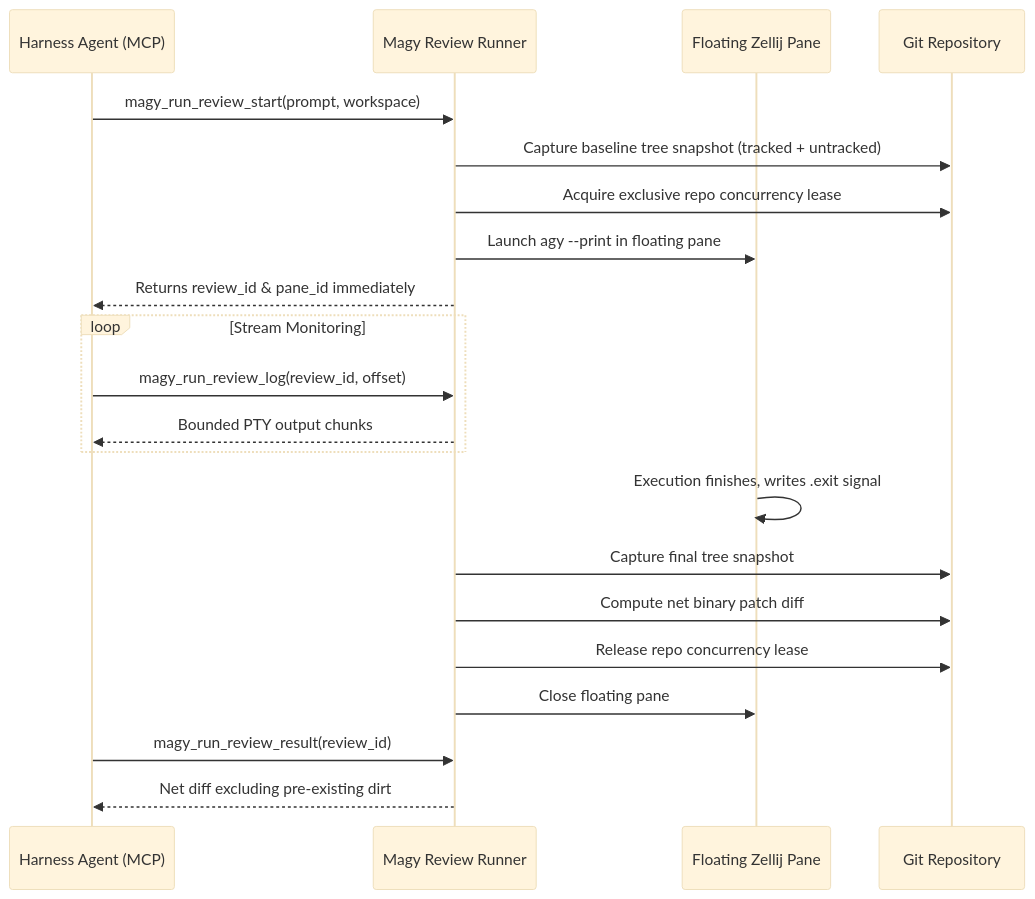
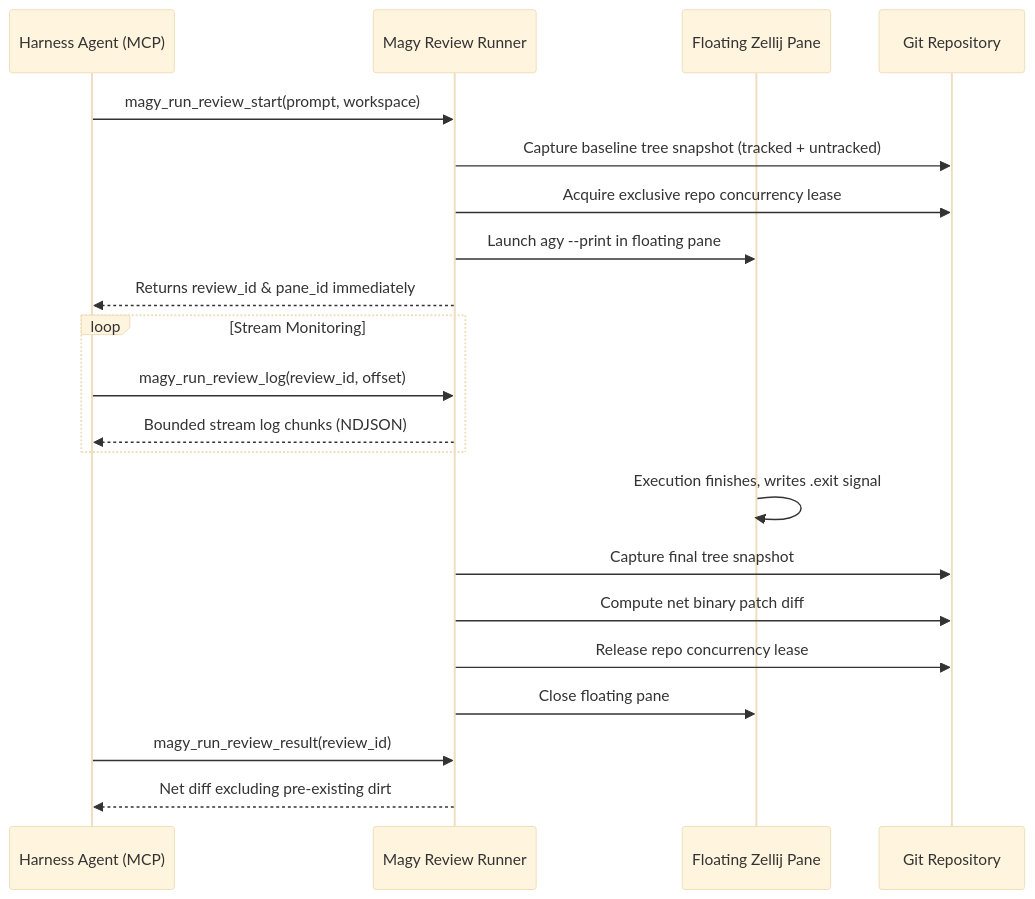
Before and after one commit to vufly/magy: the second of 2 diagrams in docs/architecture/overview.md, drawn with Mermaid (base theme). The commit also changed other lines of this file and 9 other files, not shown here.

````diff
--- a/docs/architecture/overview.md
+++ b/docs/architecture/overview.md
@@ -148,27 +148,27 @@
 ```mermaid
 sequenceDiagram
     participant Agent as Harness Agent (MCP)
     participant Magy as Magy Review Runner
     participant Zellij as Floating Zellij Pane
     participant Git as Git Repository
     
     Agent->>Magy: magy_run_review_start(prompt, workspace)
     Magy->>Git: Capture baseline tree snapshot (tracked + untracked)
     Magy->>Git: Acquire exclusive repo concurrency lease
     Magy->>Zellij: Launch agy --print in floating pane
     Magy-->>Agent: Returns review_id & pane_id immediately
     
     loop Stream Monitoring
         Agent->>Magy: magy_run_review_log(review_id, offset)
-        Magy-->>Agent: Bounded PTY output chunks
+        Magy-->>Agent: Bounded stream log chunks (NDJSON)
     end
     
     Zellij->>Zellij: Execution finishes, writes .exit signal
     Magy->>Git: Capture final tree snapshot
     Magy->>Git: Compute net binary patch diff
     Magy->>Git: Release repo concurrency lease
     Magy->>Zellij: Close floating pane
     
     Agent->>Magy: magy_run_review_result(review_id)
     Magy-->>Agent: Net diff excluding pre-existing dirt
 ```
````
